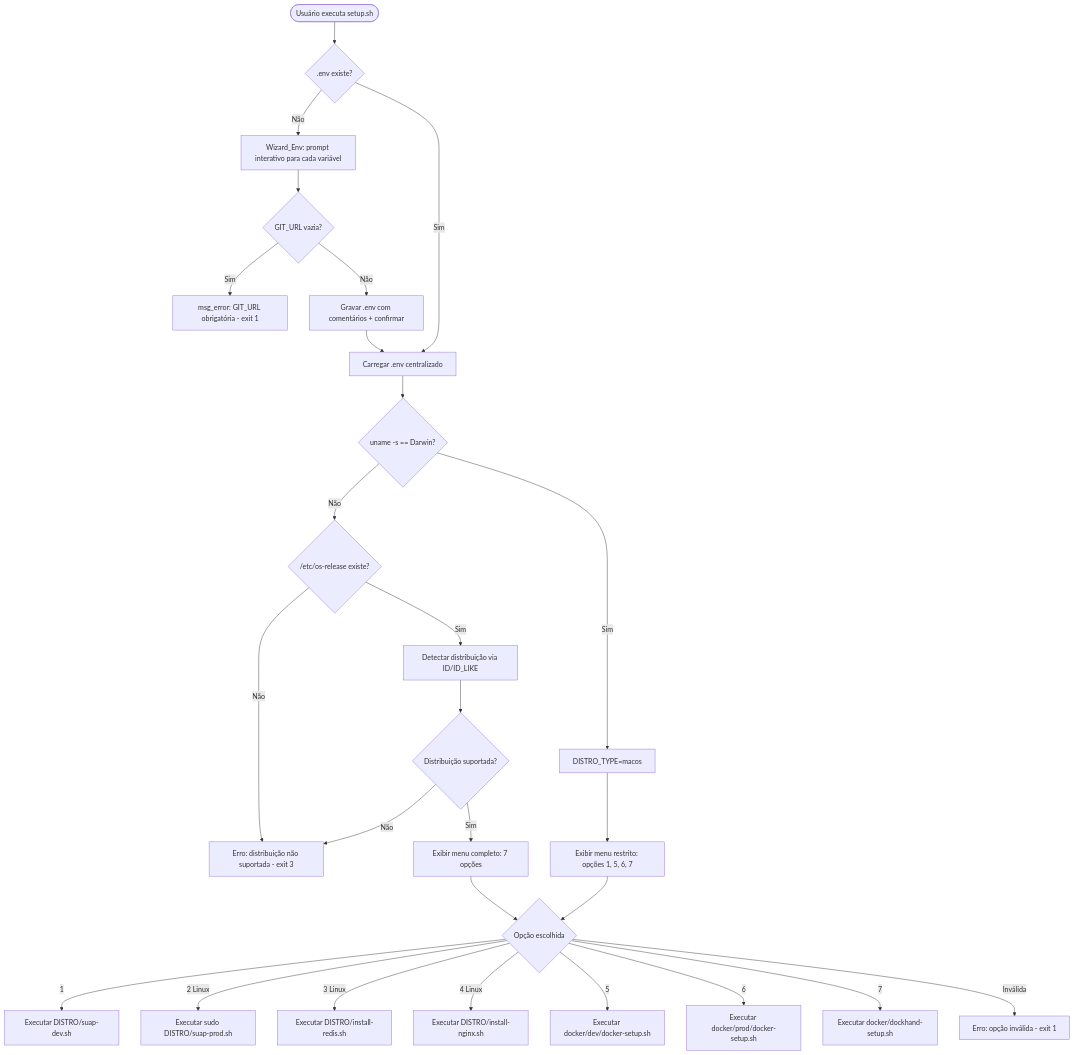
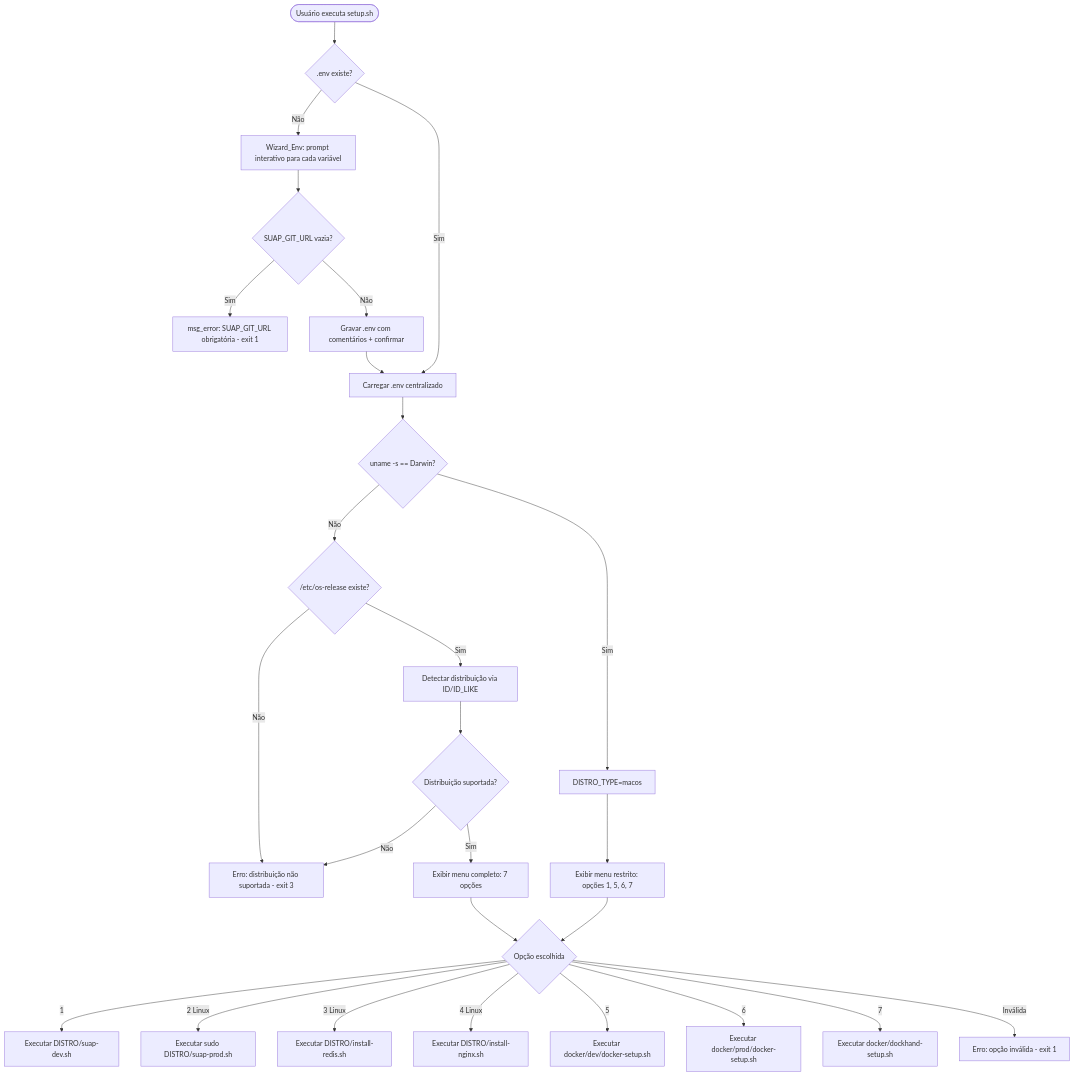
One commit to danielslz/suap-setup changed the second of 3 diagrams in .kiro/specs/suap-setup/design.md. Above: the diagram before and after it, drawn with Mermaid. The commit also changed other lines of this file and 21 other files, not shown here.

````diff
--- a/.kiro/specs/suap-setup/design.md
+++ b/.kiro/specs/suap-setup/design.md
@@ -51,29 +51,29 @@
 ```mermaid
 flowchart TD
     Start([Usuário executa setup.sh]) --> EnvExists{.env existe?}
     EnvExists -->|Não| Wizard[Wizard_Env: prompt interativo para cada variável]
-    Wizard --> GitEmpty{GIT_URL vazia?}
-    GitEmpty -->|Sim| ErrGit[msg_error: GIT_URL obrigatória - exit 1]
+    Wizard --> GitEmpty{SUAP_GIT_URL vazia?}
+    GitEmpty -->|Sim| ErrGit[msg_error: SUAP_GIT_URL obrigatória - exit 1]
     GitEmpty -->|Não| WriteEnv[Gravar .env com comentários + confirmar]
     WriteEnv --> LoadEnv[Carregar .env centralizado]
     EnvExists -->|Sim| LoadEnv
     LoadEnv --> Darwin{uname -s == Darwin?}
     Darwin -->|Sim| MacOS[DISTRO_TYPE=macos]
     Darwin -->|Não| OsRelease{/etc/os-release existe?}
     OsRelease -->|Não| ErrDistro[Erro: distribuição não suportada - exit 3]
     OsRelease -->|Sim| Detect[Detectar distribuição via ID/ID_LIKE]
     Detect --> DistroOk{Distribuição suportada?}
     DistroOk -->|Não| ErrDistro
     DistroOk -->|Sim| LinuxMenu[Exibir menu completo: 7 opções]
     MacOS --> MacMenu[Exibir menu restrito: opções 1, 5, 6, 7]
     LinuxMenu --> Choice{Opção escolhida}
     MacMenu --> Choice
     Choice -->|1| DevScript[Executar DISTRO/suap-dev.sh]
     Choice -->|2 Linux| ProdScript[Executar sudo DISTRO/suap-prod.sh]
     Choice -->|3 Linux| RedisScript[Executar DISTRO/install-redis.sh]
     Choice -->|4 Linux| NginxScript[Executar DISTRO/install-nginx.sh]
     Choice -->|5| DockerDev[Executar docker/dev/docker-setup.sh]
     Choice -->|6| DockerProd[Executar docker/prod/docker-setup.sh]
     Choice -->|7| Dockhand[Executar docker/dockhand-setup.sh]
     Choice -->|Inválida| ErrChoice[Erro: opção inválida - exit 1]
 ```
````
